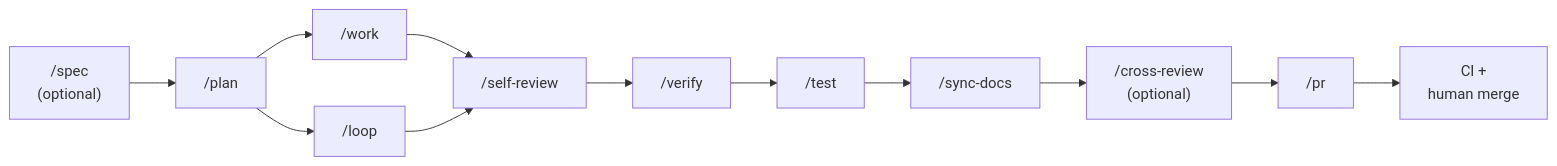
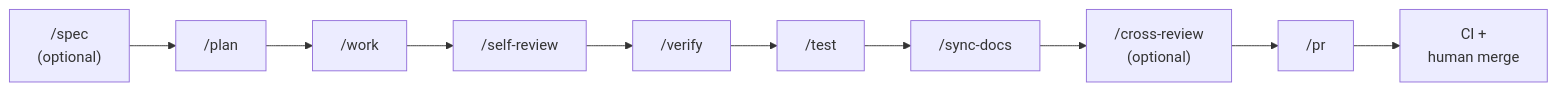
The diagram in README.md (yoshpy-dev/ralph), drawn with Mermaid before and after one commit. The commit also changed other lines of this file and 93 other files, not shown here.

Commit message:
docs: rewrite harness docs for the post-loop architecture

````diff
--- a/README.md
+++ b/README.md
@@ -179,14 +179,12 @@
 ```mermaid
 flowchart LR
     A["/spec<br/>(optional)"] --> B["/plan"]
     B --> C["/work"]
-    B --> D["/loop"]
     C --> E["/self-review"]
-    D --> E
     E --> F["/verify"]
     F --> G["/test"]
     G --> H["/sync-docs"]
     H --> I["/cross-review<br/>(optional)"]
     I --> J["/pr"]
     J --> K["CI +<br/>human merge"]
 ```
````
